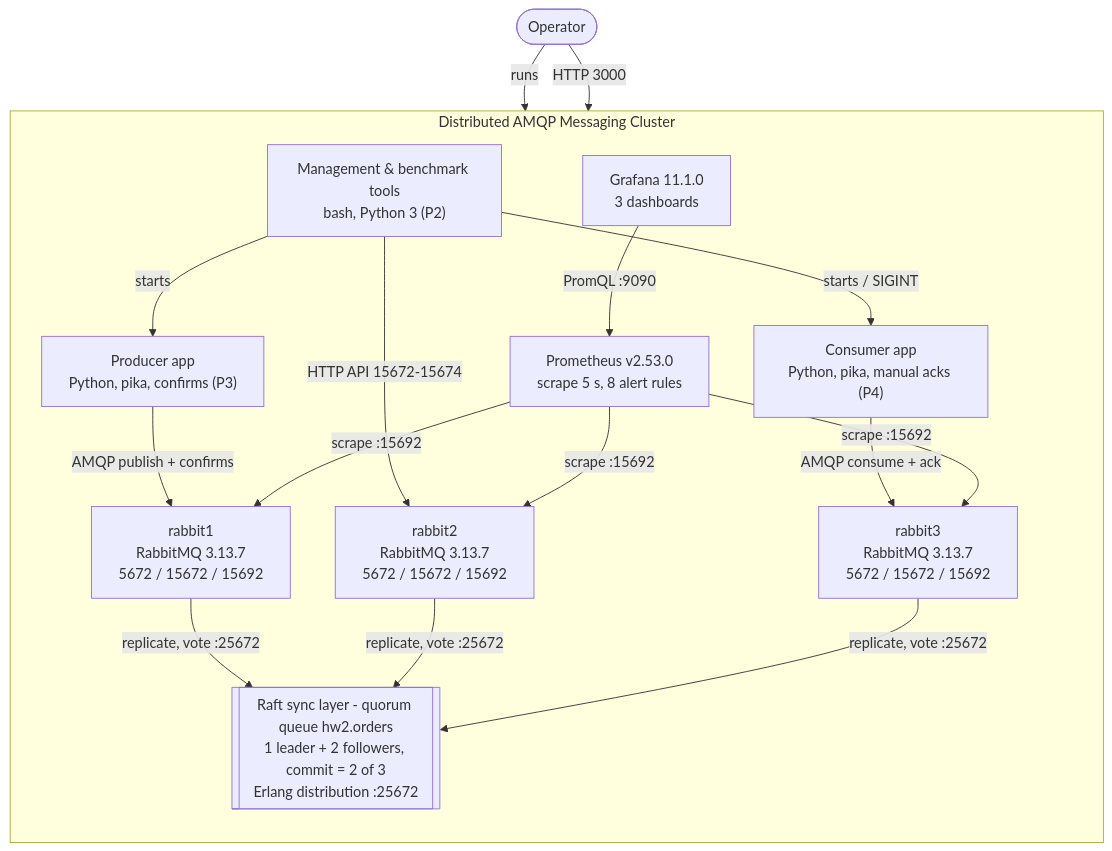
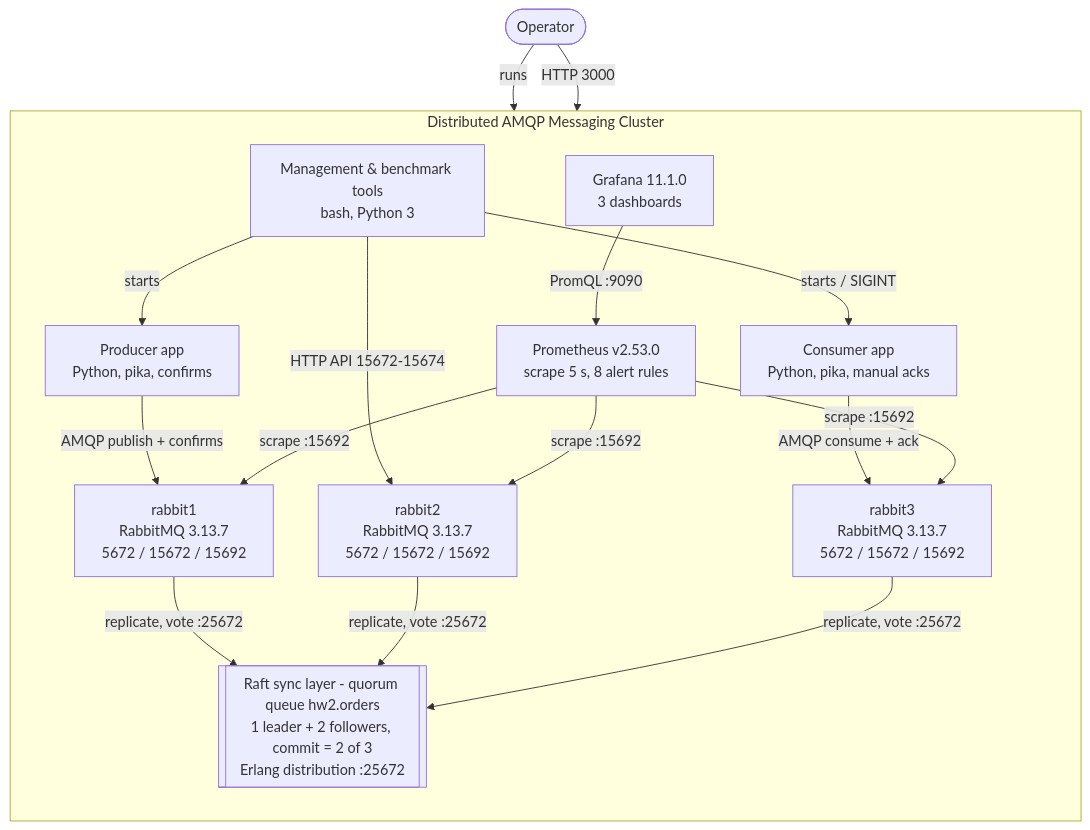
Before and after one commit to dimamverdiyeva15764/INFT6000-HW2-RabbitMQ-Cluster: the diagram in docs/c4/container-diagram.md, drawn with Mermaid. The commit also changed other lines of this file and 295 other files, not shown here.

````diff
--- a/docs/c4/container-diagram.md
+++ b/docs/c4/container-diagram.md
@@ -27,30 +27,30 @@
 ```mermaid
 flowchart TB
     OPS(["Operator"])
     subgraph SYS["Distributed AMQP Messaging Cluster"]
         direction TB
-        TOOLS["Management & benchmark tools<br/>bash, Python 3 (P2)"]
-        PROD["Producer app<br/>Python, pika, confirms (P3)"]
-        CONS["Consumer app<br/>Python, pika, manual acks (P4)"]
+        TOOLS["Management & benchmark tools<br/>bash, Python 3"]
+        PROD["Producer app<br/>Python, pika, confirms"]
+        CONS["Consumer app<br/>Python, pika, manual acks"]
         R1["rabbit1<br/>RabbitMQ 3.13.7<br/>5672 / 15672 / 15692"]
         R2["rabbit2<br/>RabbitMQ 3.13.7<br/>5672 / 15672 / 15692"]
         R3["rabbit3<br/>RabbitMQ 3.13.7<br/>5672 / 15672 / 15692"]
         RAFT[["Raft sync layer - quorum queue hw2.orders<br/>1 leader + 2 followers, commit = 2 of 3<br/>Erlang distribution :25672"]]
         PROM["Prometheus v2.53.0<br/>scrape 5 s, 8 alert rules"]
         GRAF["Grafana 11.1.0<br/>3 dashboards"]
     end
     OPS -->|runs| TOOLS
     OPS -->|HTTP 3000| GRAF
     TOOLS -->|starts| PROD
     TOOLS -->|starts / SIGINT| CONS
     TOOLS -->|HTTP API 15672-15674| R2
     PROD -->|AMQP publish + confirms| R1
     CONS -->|AMQP consume + ack| R3
     R1 -->|replicate, vote :25672| RAFT
     R2 -->|replicate, vote :25672| RAFT
     R3 -->|replicate, vote :25672| RAFT
     PROM -->|scrape :15692| R1
     PROM -->|scrape :15692| R2
     PROM -->|scrape :15692| R3
     GRAF -->|PromQL :9090| PROM
 ```
````
